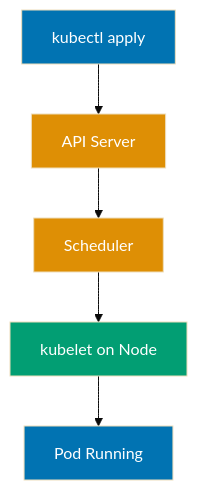
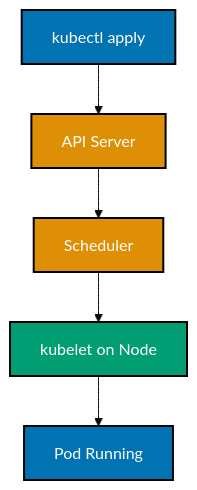
Before and after one commit to wahidyankf/open-sharia-enterprise: the first of 9 diagrams in apps/ayokoding-web/content/en/learn/software-engineering/infrastructure/tools/kubernetes/by-example/beginner.md, drawn with Mermaid (base theme). The commit also changed other lines of this file and 25 other files, not shown here.

````diff
--- a/apps/ayokoding-web/content/en/learn/software-engineering/infrastructure/tools/kubernetes/by-example/beginner.md
+++ b/apps/ayokoding-web/content/en/learn/software-engineering/infrastructure/tools/kubernetes/by-example/beginner.md
@@ -33,14 +33,15 @@
 ```mermaid
+%% Color Palette: Blue #0173B2, Orange #DE8F05, Teal #029E73, Purple #CC78BC, Brown #CA9161
 %% Simple Pod creation flow
 graph TD
  A[kubectl apply] --> B[API Server]
  B --> C[Scheduler]
  C --> D[kubelet on Node]
  D --> E[Pod Running]
 
- style A fill:#0173B2,color:#fff
- style B fill:#DE8F05,color:#fff
- style C fill:#DE8F05,color:#fff
- style D fill:#029E73,color:#fff
- style E fill:#0173B2,color:#fff
+ style A fill:#0173B2,stroke:#000000,stroke-width:2px,color:#fff
+ style B fill:#DE8F05,stroke:#000000,stroke-width:2px,color:#fff
+ style C fill:#DE8F05,stroke:#000000,stroke-width:2px,color:#fff
+ style D fill:#029E73,stroke:#000000,stroke-width:2px,color:#fff
+ style E fill:#0173B2,stroke:#000000,stroke-width:2px,color:#fff
 ```
````
